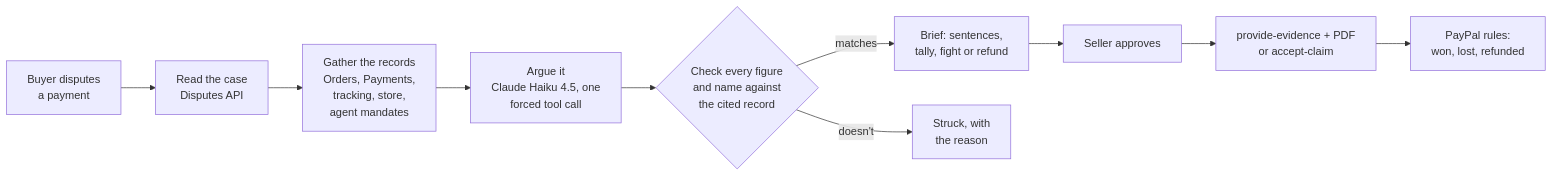
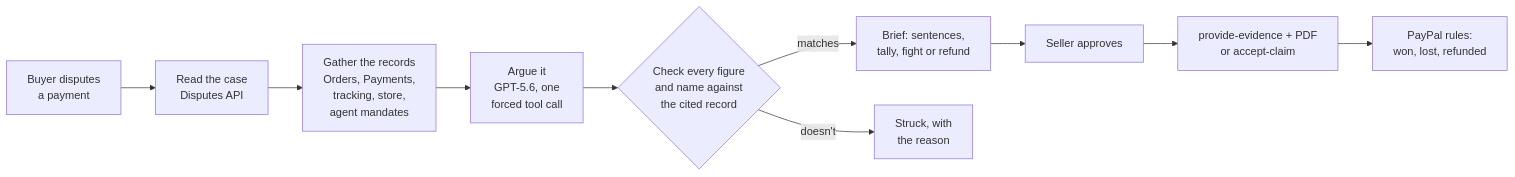
The diagram in README.md (RohanGlitched/exhibit), drawn with Mermaid before and after one commit. The commit also changed other lines of this file and 10 other files, not shown here.

Commit message:
Two model providers behind one Converse-shaped call: GPT-5.6 on Azure OpenAI (Responses API, function calls and their outputs mapped both ways) is live while the Bedrock quota for Claude Haiku 4.5 is pending; LLM_PROVIDER picks one

````diff
--- a/README.md
+++ b/README.md
@@ -65,12 +65,12 @@
 ```mermaid
 flowchart LR
   A[Buyer disputes<br/>a payment] --> B[Read the case<br/>Disputes API]
   B --> C[Gather the records<br/>Orders, Payments,<br/>tracking, store,<br/>agent mandates]
-  C --> D[Argue it<br/>Claude Haiku 4.5, one<br/>forced tool call]
+  C --> D[Argue it<br/>GPT-5.6, one<br/>forced tool call]
   D --> E{Check every figure<br/>and name against<br/>the cited record}
   E -->|matches| F[Brief: sentences,<br/>tally, fight or refund]
   E -->|doesn't| G[Struck, with<br/>the reason]
   F --> H[Seller approves]
   H --> I[provide-evidence + PDF<br/>or accept-claim]
   I --> J[PayPal rules:<br/>won, lost, refunded]
 ```
````
